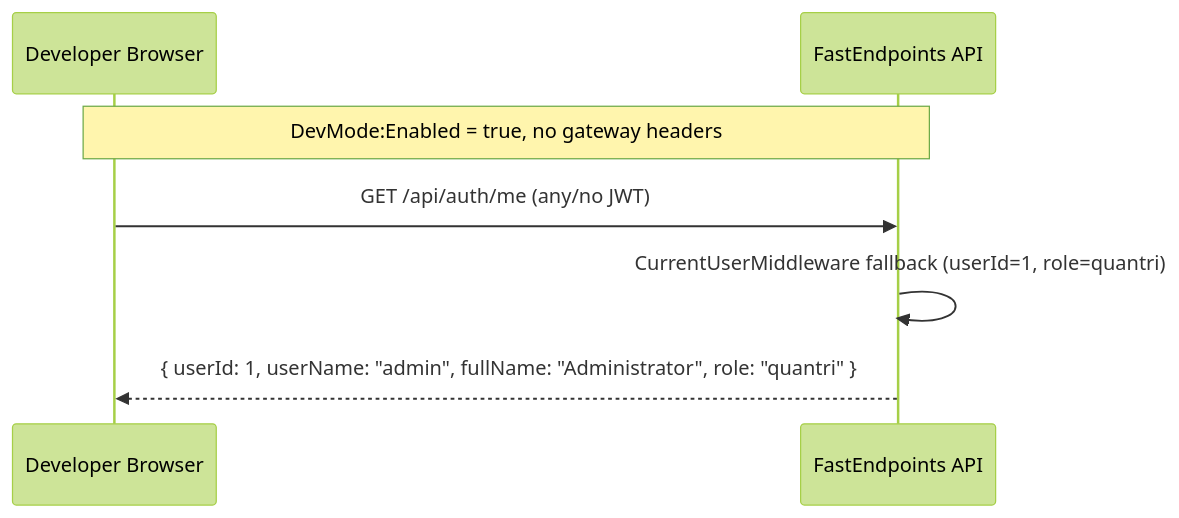
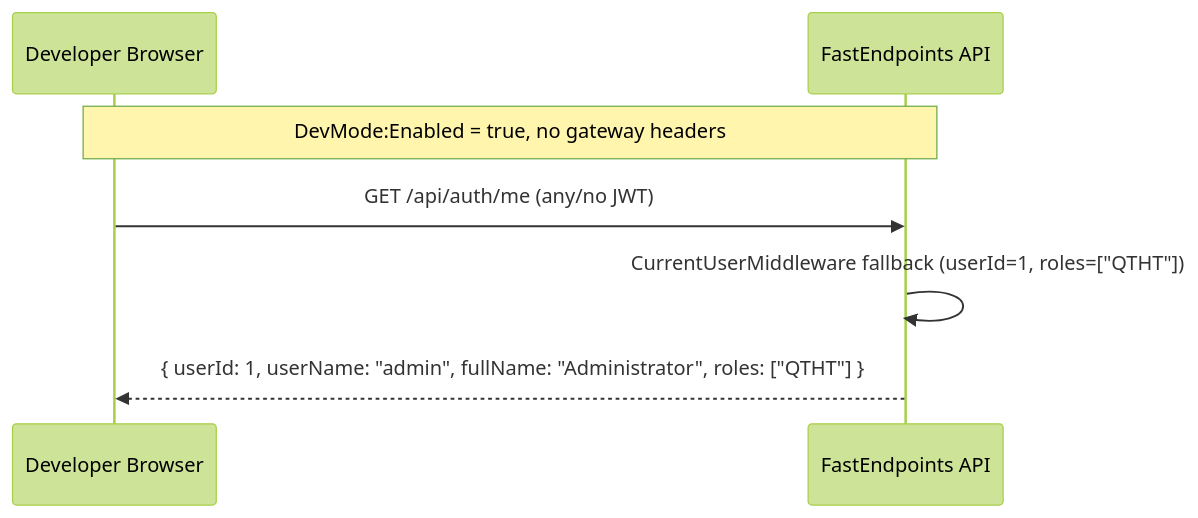
Before and after one commit to Ali-AnNT/qlnp-ttcds: the fifth of 7 diagrams in docs/system-architecture.md, drawn with Mermaid (forest theme). The commit also changed other lines of this file and 39 other files, not shown here.

````diff
--- a/docs/system-architecture.md
+++ b/docs/system-architecture.md
@@ -234,10 +238,10 @@
 ```mermaid
 sequenceDiagram
     participant Dev as Developer Browser
     participant API as FastEndpoints API
 
     Note over Dev,API: DevMode:Enabled = true, no gateway headers
     Dev->>API: GET /api/auth/me (any/no JWT)
-    API->>API: CurrentUserMiddleware fallback (userId=1, role=quantri)
-    API-->>Dev: { userId: 1, userName: "admin", fullName: "Administrator", role: "quantri" }
+    API->>API: CurrentUserMiddleware fallback (userId=1, roles=["QTHT"])
+    API-->>Dev: { userId: 1, userName: "admin", fullName: "Administrator", roles: ["QTHT"] }
 ```
````
